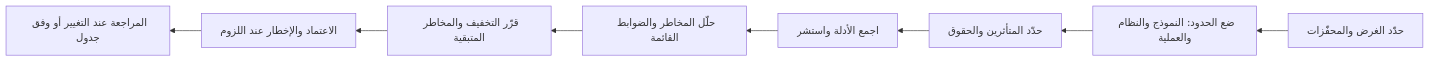
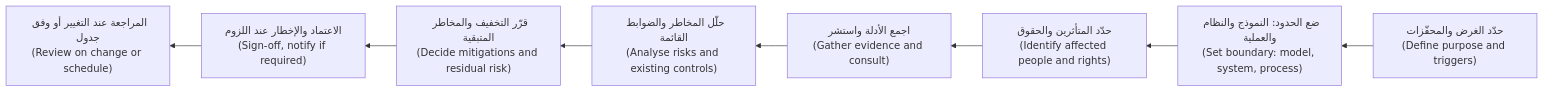
The second of 2 diagrams in aigp/modules/11-deployment.ar.md (Tamoura/system-design-for-vibe-coders), drawn with Mermaid before and after one commit. The commit also changed other lines of this file and 62 other files, not shown here.

First line of the commit message:
Arabic editions: English on every diagram label, RTL fixes, rebuild

````diff
--- a/aigp/modules/11-deployment.ar.md
+++ b/aigp/modules/11-deployment.ar.md
@@ -528,10 +528,10 @@
 ```mermaid
 flowchart RL
-  A[حدّد الغرض والمحفّزات] --> B[ضع الحدود: النموذج والنظام والعملية]
-  B --> C[حدّد المتأثرين والحقوق]
-  C --> D[اجمع الأدلة واستشر]
-  D --> E[حلّل المخاطر والضوابط القائمة]
-  E --> F[قرّر التخفيف والمخاطر المتبقية]
-  F --> G[الاعتماد والإخطار عند اللزوم]
-  G --> H[المراجعة عند التغيير أو وفق جدول]
+  A["حدّد الغرض والمحفّزات<br/>(Define purpose and triggers)"] --> B["ضع الحدود: النموذج والنظام والعملية<br/>(Set boundary: model, system, process)"]
+  B --> C["حدّد المتأثرين والحقوق<br/>(Identify affected people and rights)"]
+  C --> D["اجمع الأدلة واستشر<br/>(Gather evidence and consult)"]
+  D --> E["حلّل المخاطر والضوابط القائمة<br/>(Analyse risks and existing controls)"]
+  E --> F["قرّر التخفيف والمخاطر المتبقية<br/>(Decide mitigations and residual risk)"]
+  F --> G["الاعتماد والإخطار عند اللزوم<br/>(Sign-off, notify if required)"]
+  G --> H["المراجعة عند التغيير أو وفق جدول<br/>(Review on change or schedule)"]
 ```
````
